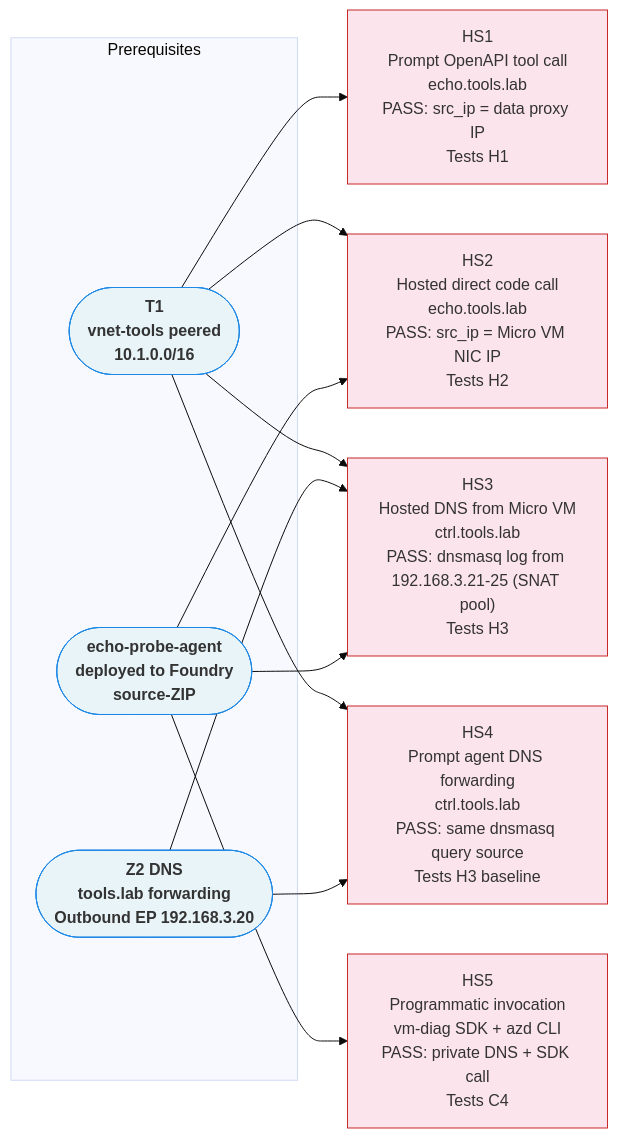
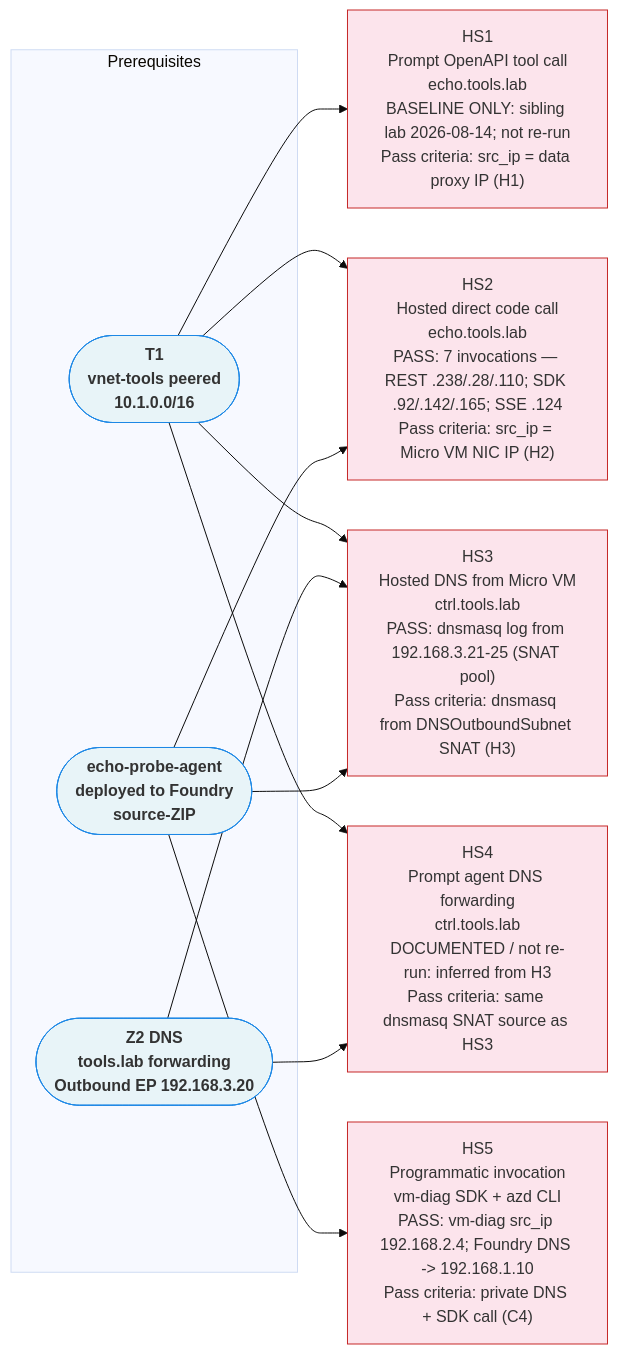
The diagram in labs/foundry-agent-prompt-vs-hosted-networking/diagrams/05-scenario-matrix.mmd (erjosito/net-lab-builder), drawn with Mermaid (base theme) before and after one commit. The commit also changed 27 other files, not shown here.

First line of the commit message:
docs(foundry-hosted): diagrams v3 — fix blocker V1a IP attribution + polish

```diff
--- a/labs/foundry-agent-prompt-vs-hosted-networking/diagrams/05-scenario-matrix.mmd
+++ b/labs/foundry-agent-prompt-vs-hosted-networking/diagrams/05-scenario-matrix.mmd
@@ -1,30 +1,30 @@
 %% diagram-id: 05-scenario-matrix
 %% lab: foundry-agent-prompt-vs-hosted-networking
 %% purpose: HS1-HS5 topology and evidence dependencies
 %% authored: 2026-08-20
 flowchart LR
     classDef prereq fill:#e8f4f8,stroke:#1e88e5,font-weight:bold
     classDef scenario fill:#fce4ec,stroke:#c62828
     classDef hyp fill:#e8f8e8,stroke:#2e7d32
 
     subgraph PREREQS["Prerequisites"]
         T1(["T1<br/>vnet-tools peered<br/>10.1.0.0/16"]):::prereq
         Z2(["Z2 DNS<br/>tools.lab forwarding<br/>Outbound EP 192.168.3.20"]):::prereq
         AG(["echo-probe-agent<br/>deployed to Foundry<br/>source-ZIP"]):::prereq
     end
 
-    HS1["HS1<br/>Prompt OpenAPI tool call<br/>echo.tools.lab<br/>PASS: src_ip = data proxy IP<br/>Tests H1"]:::scenario
-    HS2["HS2<br/>Hosted direct code call<br/>echo.tools.lab<br/>PASS: src_ip = Micro VM NIC IP<br/>Tests H2"]:::scenario
-    HS3["HS3<br/>Hosted DNS from Micro VM<br/>ctrl.tools.lab<br/>PASS: dnsmasq log from 192.168.3.21-25 (SNAT pool)<br/>Tests H3"]:::scenario
-    HS4["HS4<br/>Prompt agent DNS forwarding<br/>ctrl.tools.lab<br/>PASS: same dnsmasq query source<br/>Tests H3 baseline"]:::scenario
-    HS5["HS5<br/>Programmatic invocation<br/>vm-diag SDK + azd CLI<br/>PASS: private DNS + SDK call<br/>Tests C4"]:::scenario
+    HS1["HS1<br/>Prompt OpenAPI tool call<br/>echo.tools.lab<br/>BASELINE ONLY: sibling lab 2026-08-14; not re-run<br/>Pass criteria: src_ip = data proxy IP (H1)"]:::scenario
+    HS2["HS2<br/>Hosted direct code call<br/>echo.tools.lab<br/>PASS: 7 invocations — REST .238/.28/.110; SDK .92/.142/.165; SSE .124<br/>Pass criteria: src_ip = Micro VM NIC IP (H2)"]:::scenario
+    HS3["HS3<br/>Hosted DNS from Micro VM<br/>ctrl.tools.lab<br/>PASS: dnsmasq log from 192.168.3.21-25 (SNAT pool)<br/>Pass criteria: dnsmasq from DNSOutboundSubnet SNAT (H3)"]:::scenario
+    HS4["HS4<br/>Prompt agent DNS forwarding<br/>ctrl.tools.lab<br/>DOCUMENTED / not re-run: inferred from H3<br/>Pass criteria: same dnsmasq SNAT source as HS3"]:::scenario
+    HS5["HS5<br/>Programmatic invocation<br/>vm-diag SDK + azd CLI<br/>PASS: vm-diag src_ip 192.168.2.4; Foundry DNS -> 192.168.1.10<br/>Pass criteria: private DNS + SDK call (C4)"]:::scenario
 
     T1 --> HS1
     T1 --> HS2
     T1 --> HS3
     T1 --> HS4
     Z2 --> HS3
     Z2 --> HS4
     AG --> HS2
     AG --> HS3
     AG --> HS5
```
